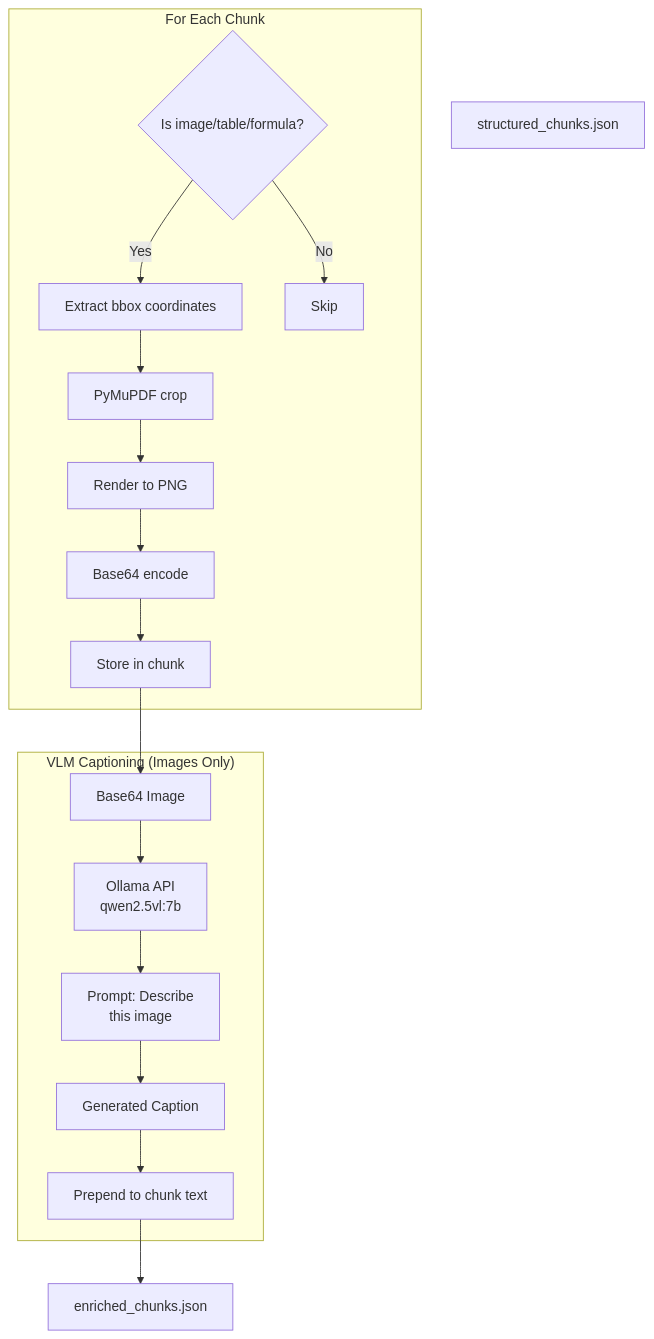
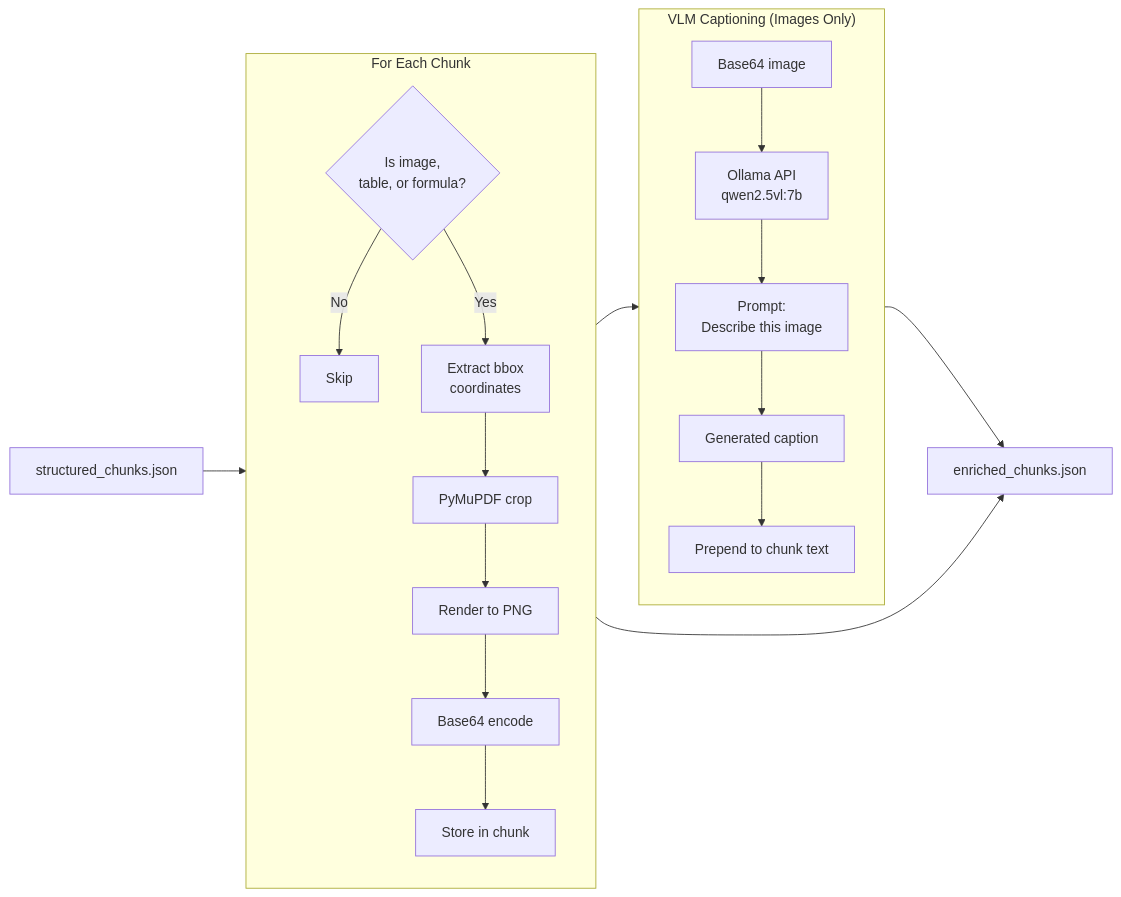
Before and after one commit to mohitagr18/multimodal_rag_article: the fourth of 10 diagrams in workflow.md, drawn with Mermaid. The commit also changed other lines of this file and 1 other file, not shown here.

````diff
--- a/workflow.md
+++ b/workflow.md
@@ -104,36 +108,36 @@
 ```mermaid
-flowchart TB
+flowchart LR
     Input[structured_chunks.json]
-    
+
     subgraph Enrich["For Each Chunk"]
-        E1{Is image/table/formula?}
-        E2[Extract bbox coordinates]
+        direction TB
+        E1{Is image,<br/>table, or formula?}
+        Skip[Skip]
+        E2[Extract bbox<br/>coordinates]
         E3[PyMuPDF crop]
         E4[Render to PNG]
         E5[Base64 encode]
         E6[Store in chunk]
-        
-        E1 -->|No| Skip[Skip]
-        E1 -->|Yes| E2
-        E2 --> E3
-        E3 --> E4
-        E4 --> E5
-        E5 --> E6
+
+        E1 -->|No| Skip
+        E1 -->|Yes| E2 --> E3 --> E4 --> E5 --> E6
     end
-    
+
     subgraph VLM["VLM Captioning (Images Only)"]
-        V1[Base64 Image]
+        direction TB
+        V1[Base64 image]
         V2[Ollama API<br/>qwen2.5vl:7b]
-        V3[Prompt: Describe<br/>this image]
-        V4[Generated Caption]
+        V3[Prompt:<br/>Describe this image]
+        V4[Generated caption]
         V5[Prepend to chunk text]
+
+        V1 --> V2 --> V3 --> V4 --> V5
     end
-    
+
+    Output[enriched_chunks.json]
+
+    Input --> E1
+    Skip --> Output
     E6 --> V1
-    V1 --> V2
-    V2 --> V3
-    V3 --> V4
-    V4 --> V5
-    
-    V5 --> Output[enriched_chunks.json]
+    V5 --> Output
 ```
````
